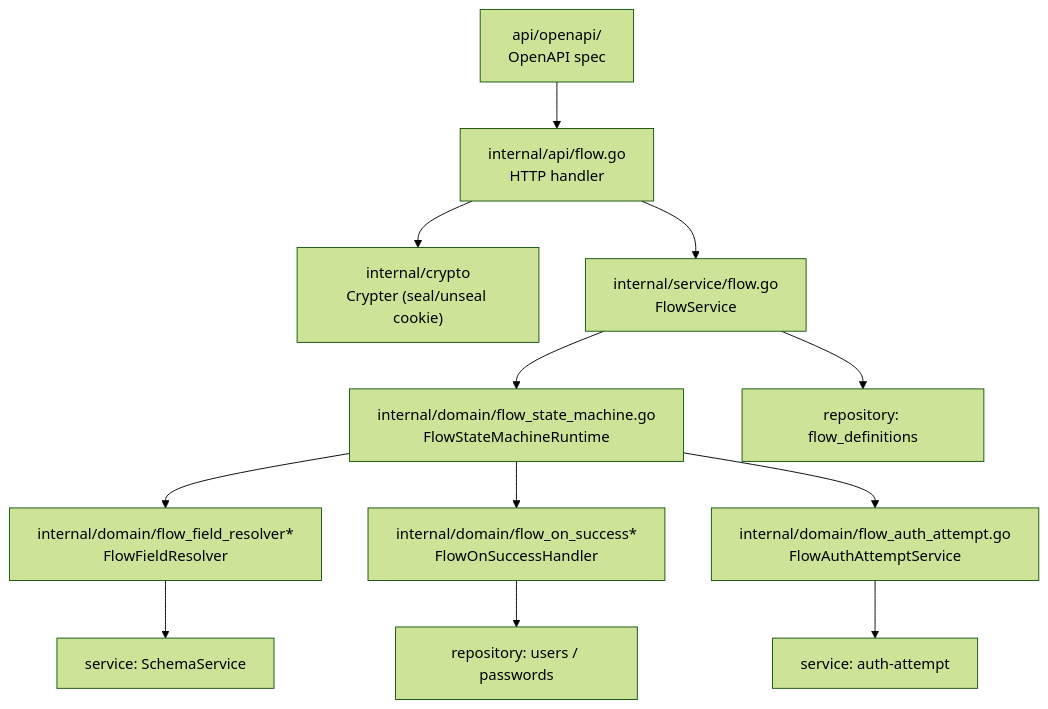
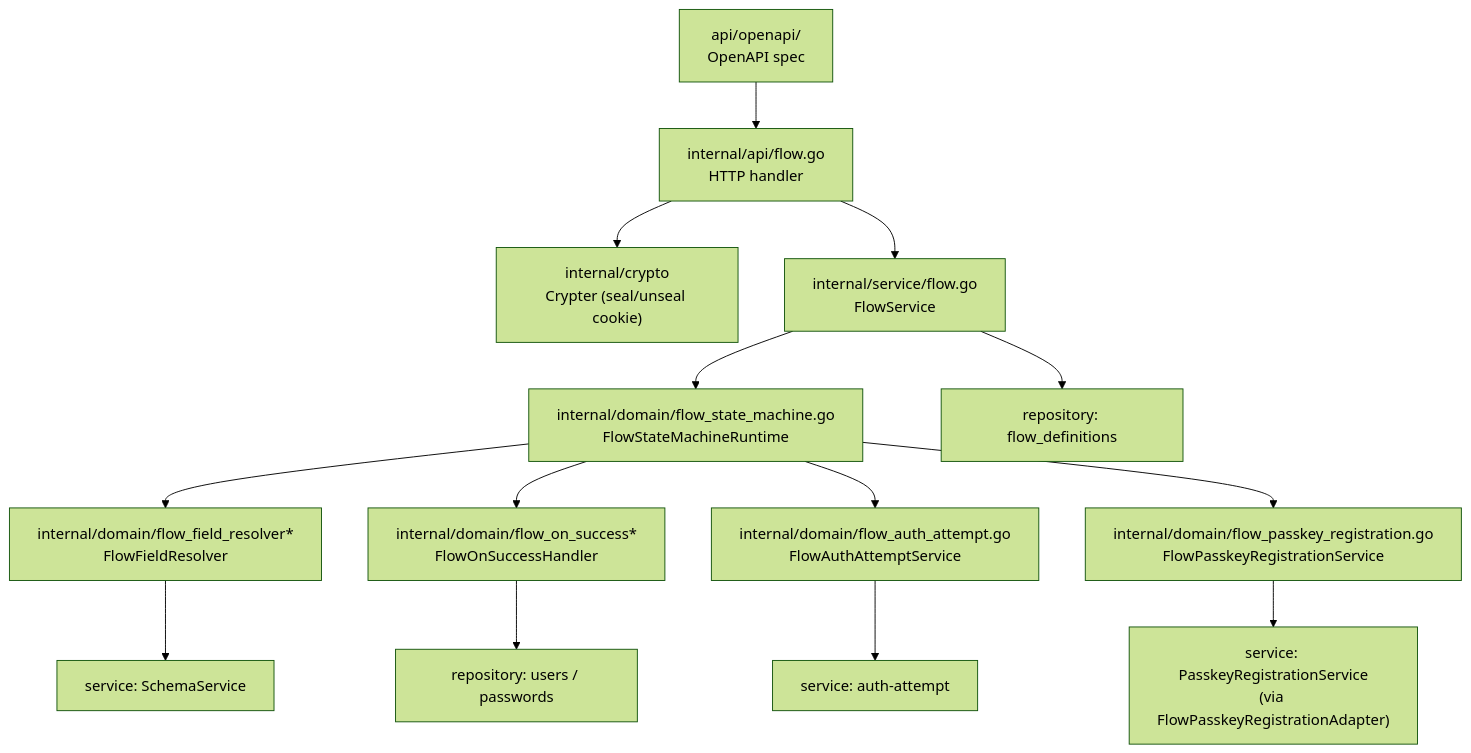
One commit to zitadel/nextgen changed the diagram in docs/design/flowengine/architecture.md. Above: the diagram before and after it, drawn with Mermaid (forest theme). The commit also changed other lines of this file, not shown here.

First line of the commit message:
docs(flowengine): add FlowPasskeyRegistrationService to component map

````diff
--- a/docs/design/flowengine/architecture.md
+++ b/docs/design/flowengine/architecture.md
@@ -12,28 +12,32 @@
 ```mermaid
 graph TD
     OpenAPI["api/openapi/<br>OpenAPI spec"]
     Handler["internal/api/flow.go<br>HTTP handler"]
     Crypter["internal/crypto<br>Crypter (seal/unseal cookie)"]
     Service["internal/service/flow.go<br>FlowService"]
     SM["internal/domain/flow_state_machine.go<br>FlowStateMachineRuntime"]
     FR["internal/domain/flow_field_resolver*<br>FlowFieldResolver"]
     OS["internal/domain/flow_on_success*<br>FlowOnSuccessHandler"]
     AA["internal/domain/flow_auth_attempt.go<br>FlowAuthAttemptService"]
+    PR["internal/domain/flow_passkey_registration.go<br>FlowPasskeyRegistrationService"]
 
     AAImpl["service: auth-attempt"]
+    PRImpl["service: PasskeyRegistrationService<br>(via FlowPasskeyRegistrationAdapter)"]
     Repo["repository: flow_definitions"]
     UserRepo["repository: users / passwords"]
     Schema["service: SchemaService"]
 
     OpenAPI --> Handler
     Handler --> Crypter
     Handler --> Service
     Service --> SM
     SM --> FR
     SM --> OS
     SM --> AA
+    SM --> PR
     Service --> Repo
     FR --> Schema
     OS --> UserRepo
     AA --> AAImpl
+    PR --> PRImpl
 ```
````
